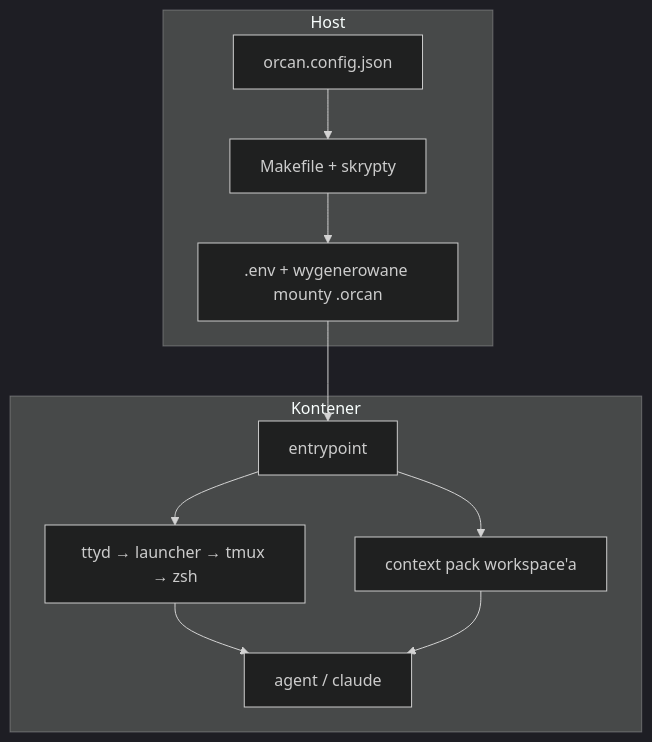
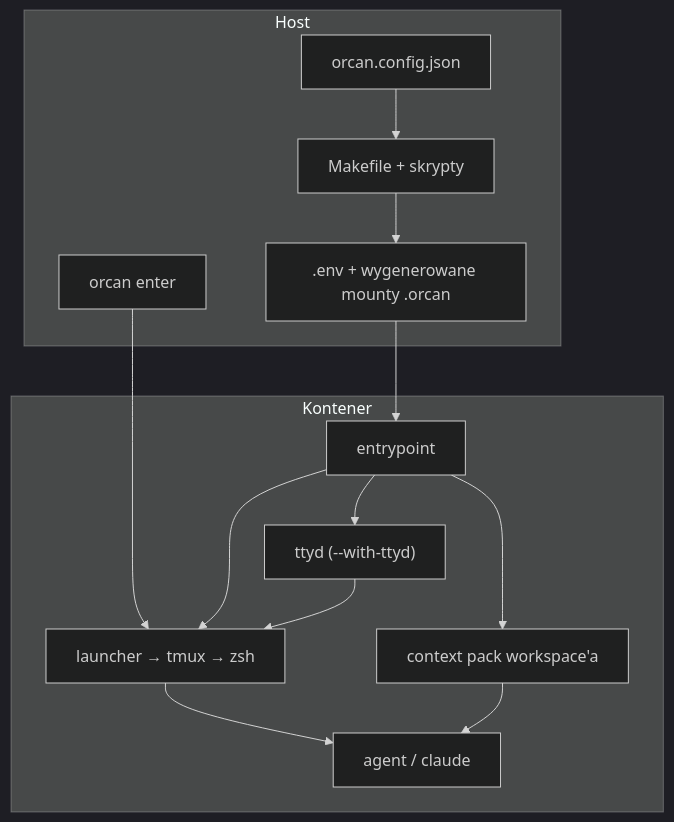
The first of 2 diagrams in docs/pl/architecture.md (aKyther/orcan), drawn with Mermaid (dark theme) before and after one commit. The commit also changed other lines of this file and 119 other files, not shown here.

````diff
--- a/docs/pl/architecture.md
+++ b/docs/pl/architecture.md
@@ -22,21 +22,26 @@
 ```mermaid
 flowchart TB
   subgraph host [Host]
     cfg["orcan.config.json"]
     make["Makefile + skrypty"]
     gen[".env + wygenerowane mounty .orcan"]
+    enter["orcan enter"]
   end
   subgraph container [Kontener]
     entry["entrypoint"]
-    term["ttyd → launcher → tmux → zsh"]
+    session["launcher → tmux → zsh"]
+    ttyd["ttyd (--with-ttyd)"]
     pack["context pack workspace'a"]
     clis["agent / claude"]
   end
   cfg --> make
   make --> gen
   gen --> entry
-  entry --> term
+  enter --> session
+  entry --> session
+  entry --> ttyd
+  ttyd --> session
   entry --> pack
-  term --> clis
+  session --> clis
   pack --> clis
 ```
````
